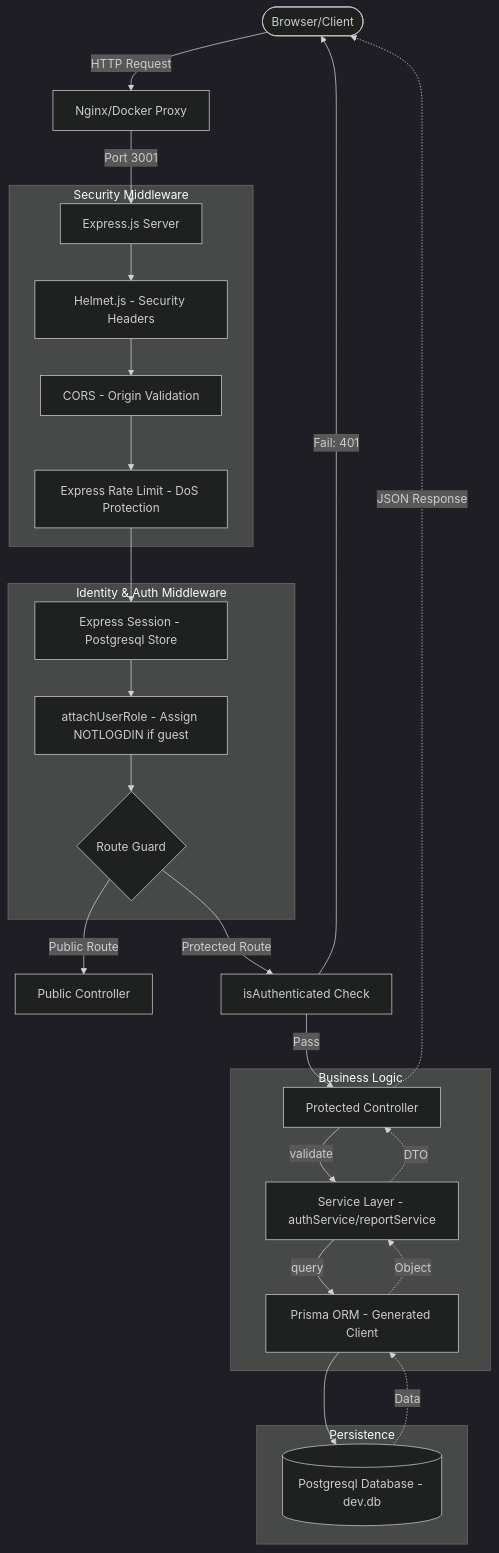
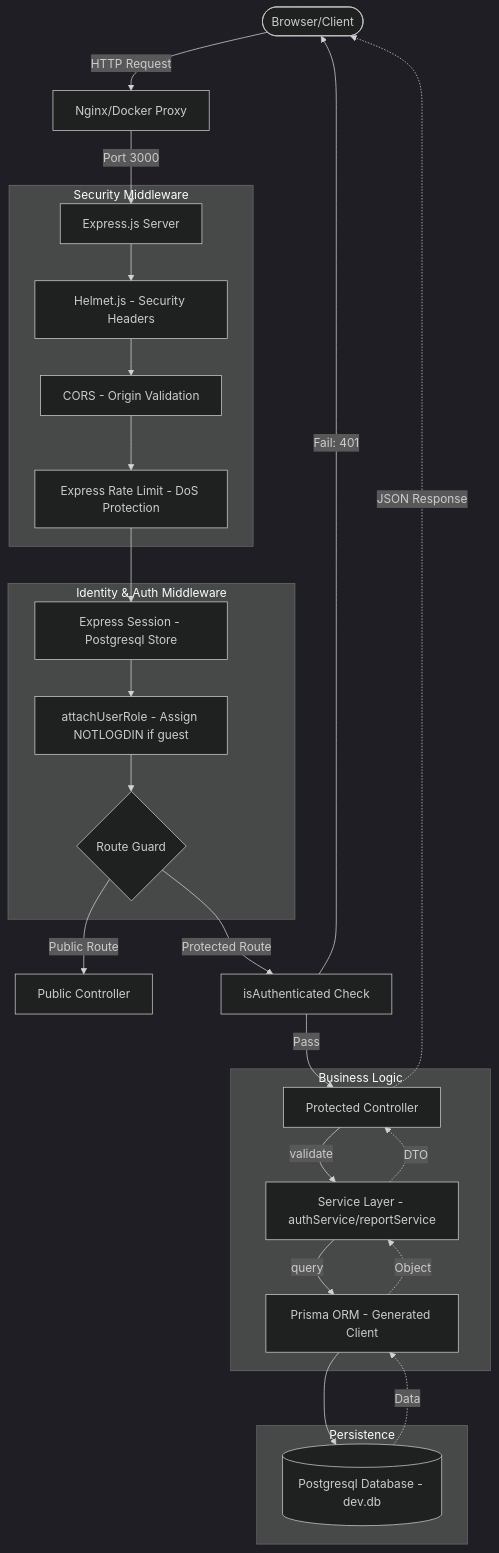
One commit to Albuswolvrick/Berichts-Heft changed the first of 4 diagrams in README.md. Above: the diagram before and after it, drawn with Mermaid (dark theme). The commit also changed other lines of this file, not shown here.

Commit message:
docs: correct ER diagram and system flow details

````diff
--- a/README.md
+++ b/README.md
@@ -311,36 +311,36 @@
 ```mermaid
 graph TD
     User([Browser/Client]) -->|HTTP Request| LoadBalancer[Nginx/Docker Proxy]
-    LoadBalancer -->|Port 3001| Express[Express.js Server]
+    LoadBalancer -->|Port 3000| Express[Express.js Server]
     
     subgraph Security_Layer["Security Middleware"]
         Express --> Helmet[Helmet.js - Security Headers]
         Helmet --> Cors[CORS - Origin Validation]
         Cors --> RateLimit[Express Rate Limit - DoS Protection]
     end
     
     subgraph Identity_Layer["Identity & Auth Middleware"]
         RateLimit --> Session[Express Session - Postgresql Store]
         Session --> RoleAttach[attachUserRole - Assign NOTLOGDIN if guest]
         RoleAttach --> AuthGuard{Route Guard}
     end
     
     AuthGuard -->|Public Route| Controller[Public Controller]
     AuthGuard -->|Protected Route| IsAuth[isAuthenticated Check]
     IsAuth -->|Fail: 401| User
     IsAuth -->|Pass| ControllerProtected[Protected Controller]
     
     subgraph Logic_Layer["Business Logic"]
         ControllerProtected -->|validate| Service[Service Layer - authService/reportService]
         Service -->|query| Prisma[Prisma ORM - Generated Client]
     end
     
     subgraph Data_Layer["Persistence"]
         Prisma --> DB[(Postgresql Database - dev.db)]
     end
     
     DB -.->|Data| Prisma
     Prisma -.->|Object| Service
     Service -.->|DTO| ControllerProtected
     ControllerProtected -.->|JSON Response| User
 ```
````
